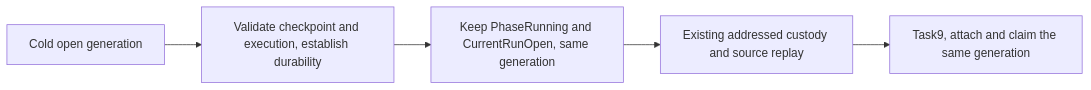
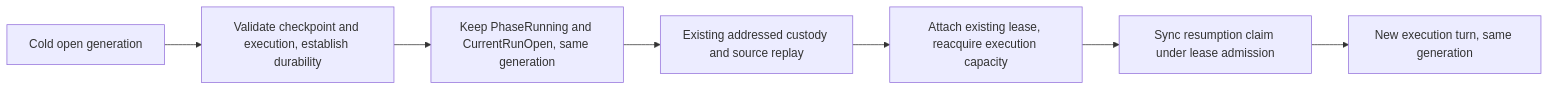
Before and after one commit to prime-radiant-inc/evener: the second of 3 diagrams in docs/subagent-runtime-contracts.md, drawn with Mermaid. The commit also changed other lines of this file and 17 other files, not shown here.

````diff
--- a/docs/subagent-runtime-contracts.md
+++ b/docs/subagent-runtime-contracts.md
@@ -91,7 +94,9 @@
 ```mermaid
 flowchart LR
   R[Cold open generation] --> V[Validate checkpoint and execution, establish durability]
   V --> W[Keep PhaseRunning and CurrentRunOpen, same generation]
   W --> C[Existing addressed custody and source replay]
-  C --> T[Task9, attach and claim the same generation]
+  C --> T[Attach existing lease, reacquire execution capacity]
+  T --> S[Sync resumption claim under lease admission]
+  S --> M[New execution turn, same generation]
 ```
````
